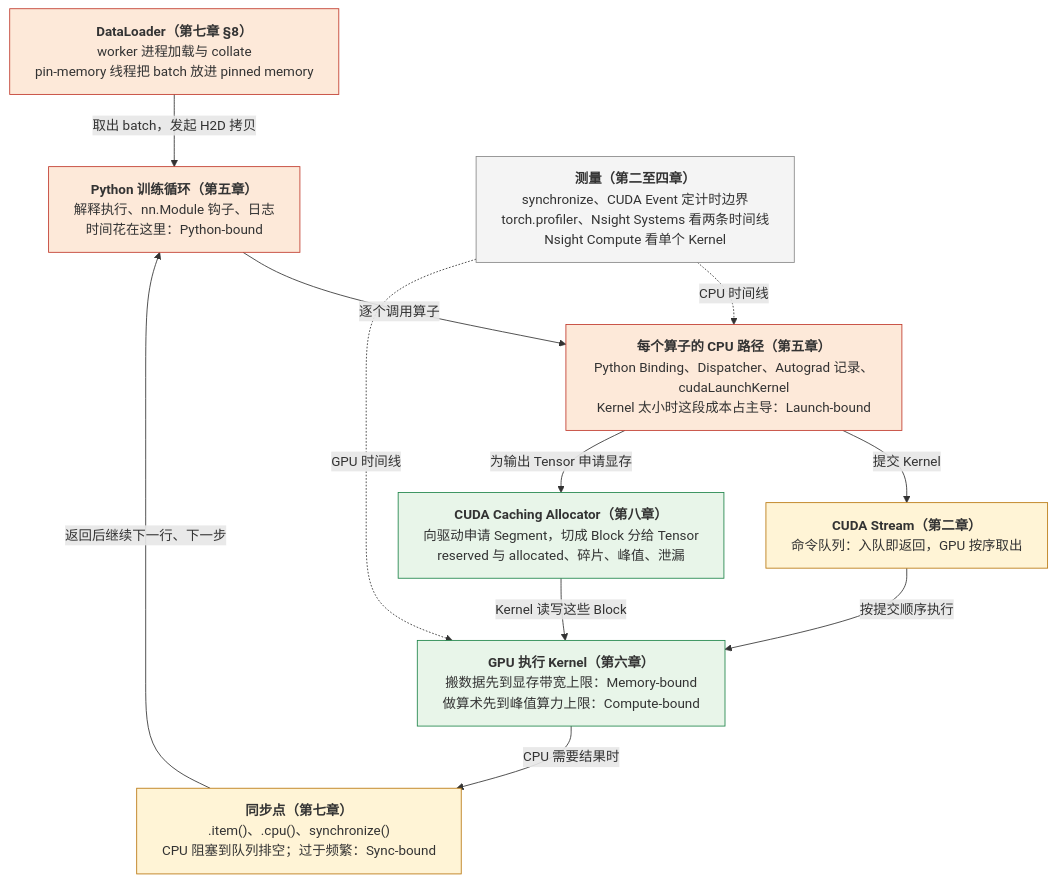
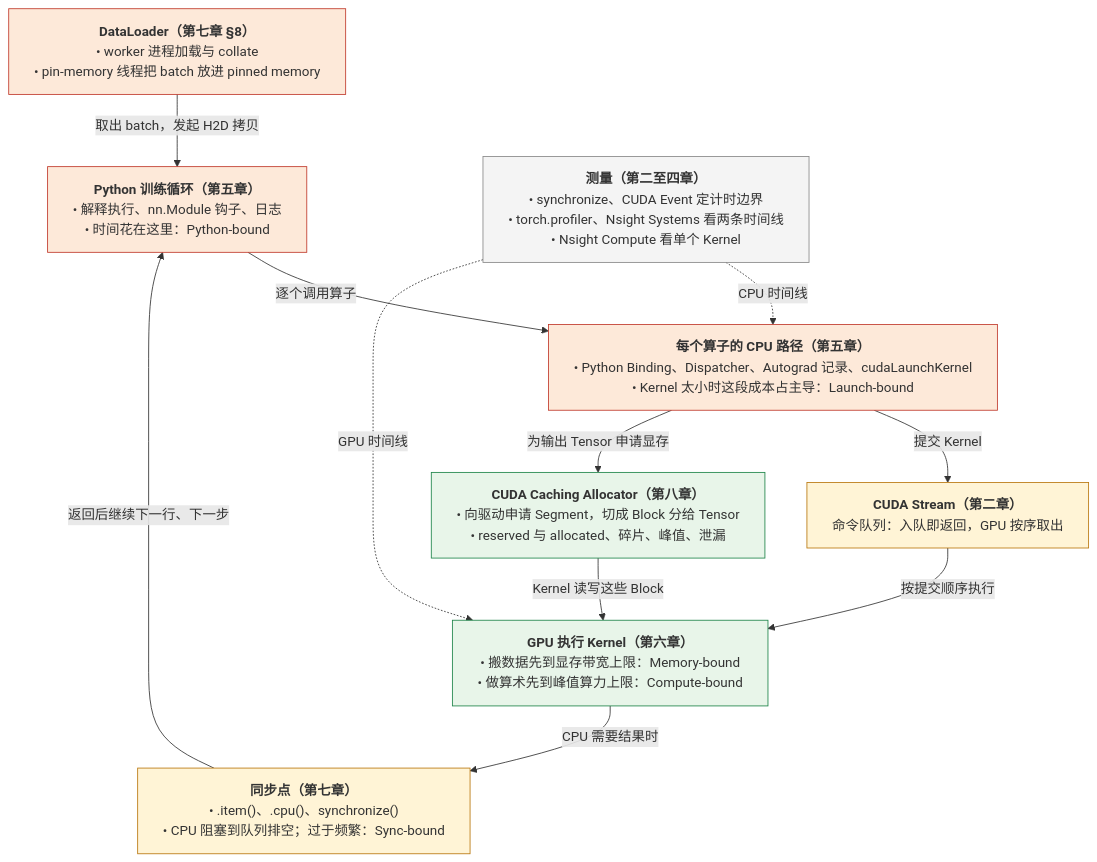
The first of 3 diagrams in _posts/2026-02-24-pytorch-performance-optimization-and-debugging.md (arganzheng/arganzheng.github.com), drawn with Mermaid before and after one commit. The commit also changed 9 other files, not shown here.

First line of the commit message:
PyTorch 系列其余 9 篇：流程图方框改成「标题 + 列表」

````diff
--- a/_posts/2026-02-24-pytorch-performance-optimization-and-debugging.md
+++ b/_posts/2026-02-24-pytorch-performance-optimization-and-debugging.md
@@ -29,31 +29,31 @@
 ```mermaid
-%%{init: {"flowchart": {"wrappingWidth": 340}}}%%
+%%{init: {"flowchart": {"wrappingWidth": 540}}}%%
 %% 图：一次训练 step 穿过的环节，以及五类瓶颈和显存各自所在的位置
 flowchart TB
-    DL["<b>DataLoader（第七章 §8）</b><br/>worker 进程加载与 collate<br/>pin-memory 线程把 batch 放进 pinned memory"]
-    PY["<b>Python 训练循环（第五章）</b><br/>解释执行、nn.Module 钩子、日志<br/>时间花在这里：Python-bound"]
-    OP["<b>每个算子的 CPU 路径（第五章）</b><br/>Python Binding、Dispatcher、Autograd 记录、cudaLaunchKernel<br/>Kernel 太小时这段成本占主导：Launch-bound"]
+    DL["<b>DataLoader（第七章 §8）</b><br/>• worker 进程加载与 collate<br/>• pin-memory 线程把 batch 放进 pinned memory"]
+    PY["<b>Python 训练循环（第五章）</b><br/>• 解释执行、nn.Module 钩子、日志<br/>• 时间花在这里：Python-bound"]
+    OP["<b>每个算子的 CPU 路径（第五章）</b><br/>• Python Binding、Dispatcher、Autograd 记录、cudaLaunchKernel<br/>• Kernel 太小时这段成本占主导：Launch-bound"]
     ST["<b>CUDA Stream（第二章）</b><br/>命令队列：入队即返回，GPU 按序取出"]
-    KN["<b>GPU 执行 Kernel（第六章）</b><br/>搬数据先到显存带宽上限：Memory-bound<br/>做算术先到峰值算力上限：Compute-bound"]
-    SY["<b>同步点（第七章）</b><br/>.item()、.cpu()、synchronize()<br/>CPU 阻塞到队列排空；过于频繁：Sync-bound"]
-    AL["<b>CUDA Caching Allocator（第八章）</b><br/>向驱动申请 Segment，切成 Block 分给 Tensor<br/>reserved 与 allocated、碎片、峰值、泄漏"]
-    OB["<b>测量（第二至四章）</b><br/>synchronize、CUDA Event 定计时边界<br/>torch.profiler、Nsight Systems 看两条时间线<br/>Nsight Compute 看单个 Kernel"]
+    KN["<b>GPU 执行 Kernel（第六章）</b><br/>• 搬数据先到显存带宽上限：Memory-bound<br/>• 做算术先到峰值算力上限：Compute-bound"]
+    SY["<b>同步点（第七章）</b><br/>• .item()、.cpu()、synchronize()<br/>• CPU 阻塞到队列排空；过于频繁：Sync-bound"]
+    AL["<b>CUDA Caching Allocator（第八章）</b><br/>• 向驱动申请 Segment，切成 Block 分给 Tensor<br/>• reserved 与 allocated、碎片、峰值、泄漏"]
+    OB["<b>测量（第二至四章）</b><br/>• synchronize、CUDA Event 定计时边界<br/>• torch.profiler、Nsight Systems 看两条时间线<br/>• Nsight Compute 看单个 Kernel"]
     DL -- "取出 batch，发起 H2D 拷贝" --> PY
     PY -- "逐个调用算子" --> OP
     OP -- "提交 Kernel" --> ST
     ST -- "按提交顺序执行" --> KN
     KN -- "CPU 需要结果时" --> SY
     SY -- "返回后继续下一行、下一步" --> PY
     OP -- "为输出 Tensor 申请显存" --> AL
     AL -- "Kernel 读写这些 Block" --> KN
     OB -. "CPU 时间线" .-> OP
     OB -. "GPU 时间线" .-> KN
     classDef cpu fill:#fde9d9,stroke:#c0392b;
     classDef gpu fill:#e8f5e9,stroke:#1e8449;
     classDef mid fill:#fff4d6,stroke:#b9770e;
     classDef obs fill:#f4f4f4,stroke:#888;
     class DL,PY,OP cpu;
     class KN,AL gpu;
     class ST,SY mid;
     class OB obs;
 ```
````
